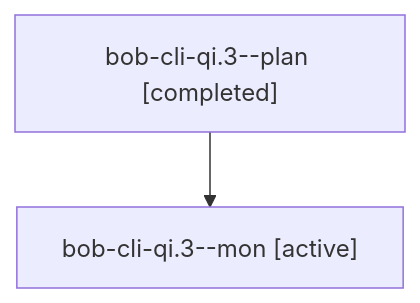
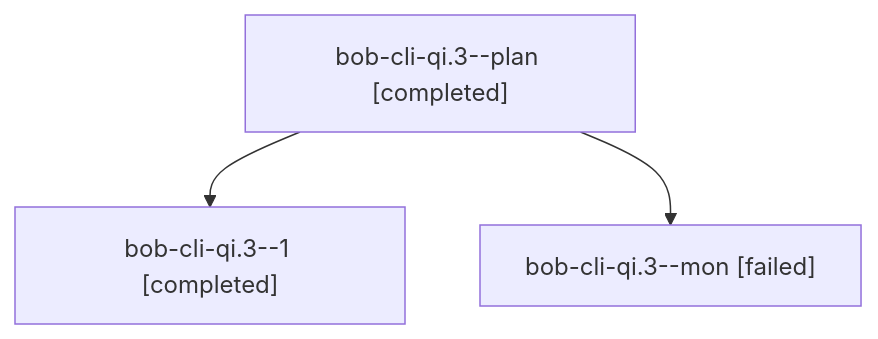
Before and after one commit to bobs-org/bob-cli--agents: the diagram in sessions/bbugyi200.athena.bob-cli-qi.3.md, drawn with Mermaid. The commit also changed other lines of this file and 36 other files, not shown here.

````diff
--- a/sessions/bbugyi200.athena.bob-cli-qi.3.md
+++ b/sessions/bbugyi200.athena.bob-cli-qi.3.md
@@ -9,6 +9,8 @@
 ```mermaid
 flowchart TD
   n0["bob-cli-qi.3--plan [completed]"]
-  n1["bob-cli-qi.3--mon [active]"]
+  n1["bob-cli-qi.3--1 [completed]"]
   n0 --> n1
+  n2["bob-cli-qi.3--mon [failed]"]
+  n0 --> n2
 ```
````
